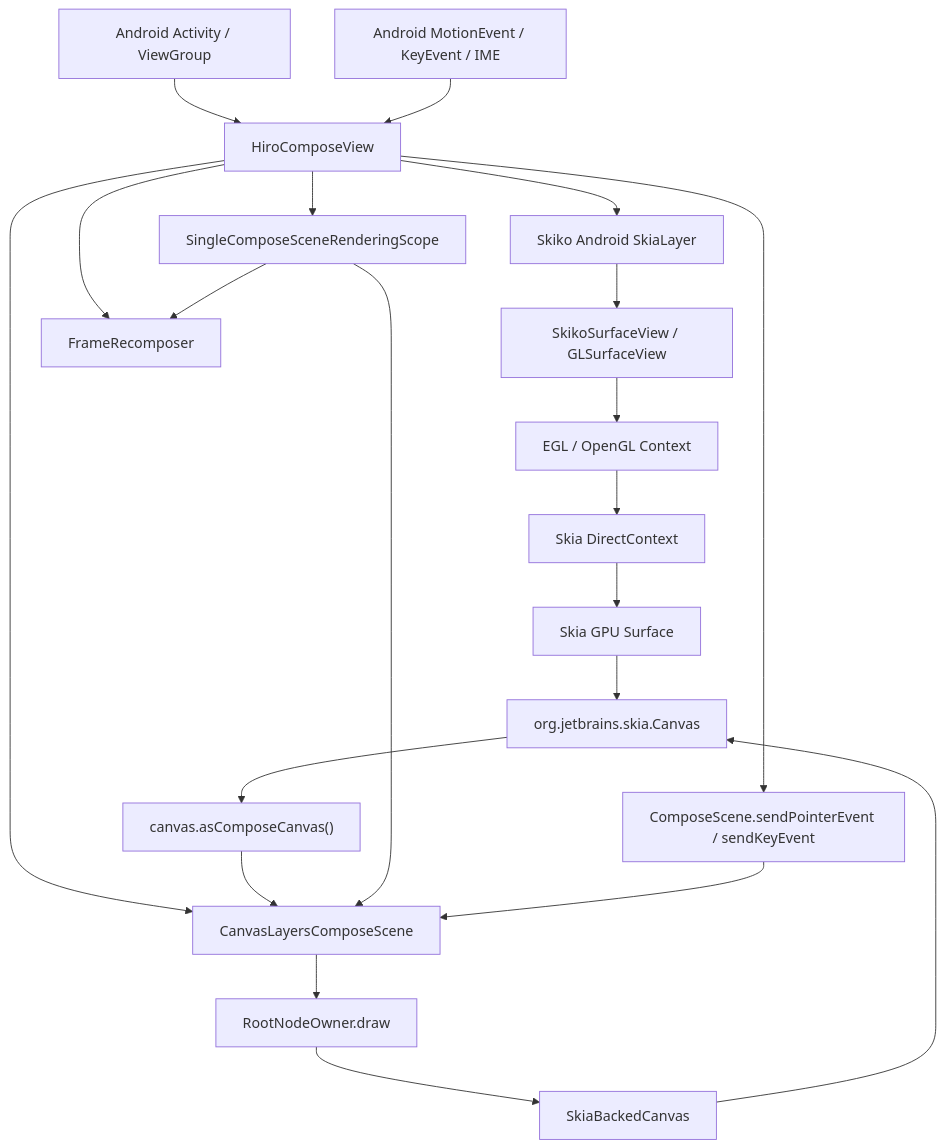
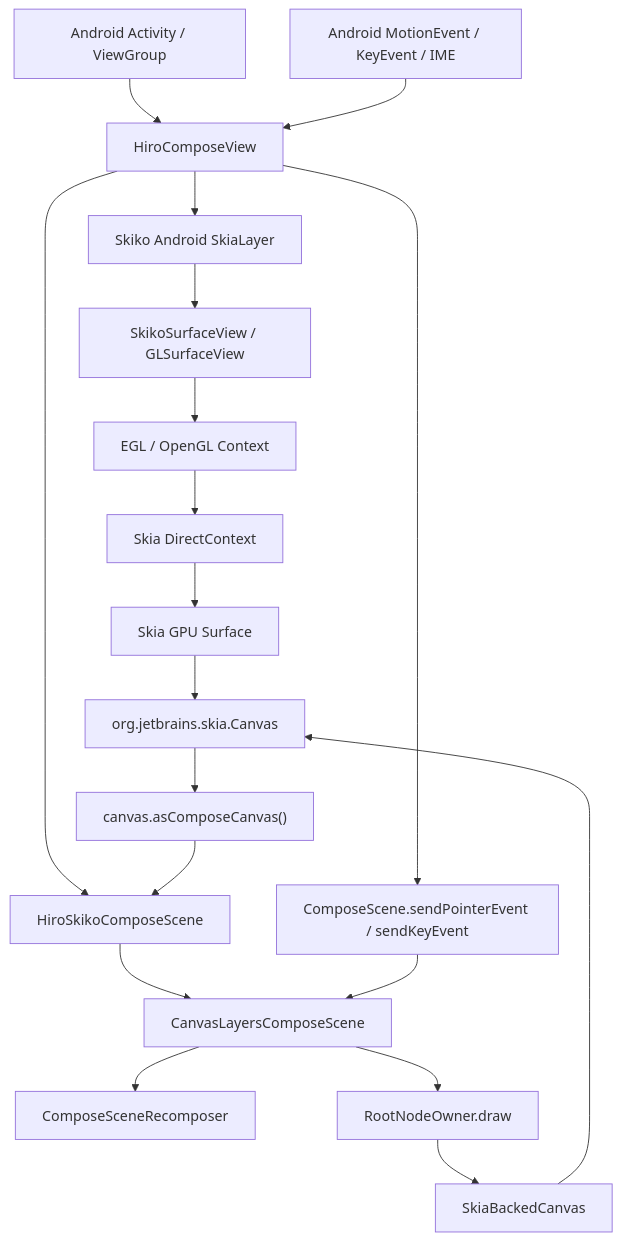
The first of 2 diagrams in docs/basic-total-goal.md (EarzuChan/Hiro), drawn with Mermaid before and after one commit. The commit also changed other lines of this file and 22 other files, not shown here.

Commit message:
feat: wire skia compose scene

````diff
--- a/docs/basic-total-goal.md
+++ b/docs/basic-total-goal.md
@@ -125,29 +125,27 @@
 ```mermaid
 flowchart TD
     A["Android Activity / ViewGroup"]
     --> B["HiroComposeView"]
 
     B --> C["Skiko Android SkiaLayer"]
     C --> D["SkikoSurfaceView / GLSurfaceView"]
     D --> E["EGL / OpenGL Context"]
     E --> F["Skia DirectContext"]
     F --> G["Skia GPU Surface"]
     G --> H["org.jetbrains.skia.Canvas"]
 
-    B --> I["FrameRecomposer"]
-    B --> J["CanvasLayersComposeScene"]
-    B --> K["SingleComposeSceneRenderingScope"]
+    B --> Q["HiroSkikoComposeScene"]
+    Q --> J["CanvasLayersComposeScene"]
+    J --> I["ComposeSceneRecomposer"]
 
     H --> L["canvas.asComposeCanvas()"]
-    L --> J
-    K --> I
-    K --> J
+    L --> Q
     J --> M["RootNodeOwner.draw"]
     M --> N["SkiaBackedCanvas"]
     N --> H
 
     O["Android MotionEvent / KeyEvent / IME"]
     --> B
     B --> P["ComposeScene.sendPointerEvent / sendKeyEvent"]
     P --> J
 ```
````
